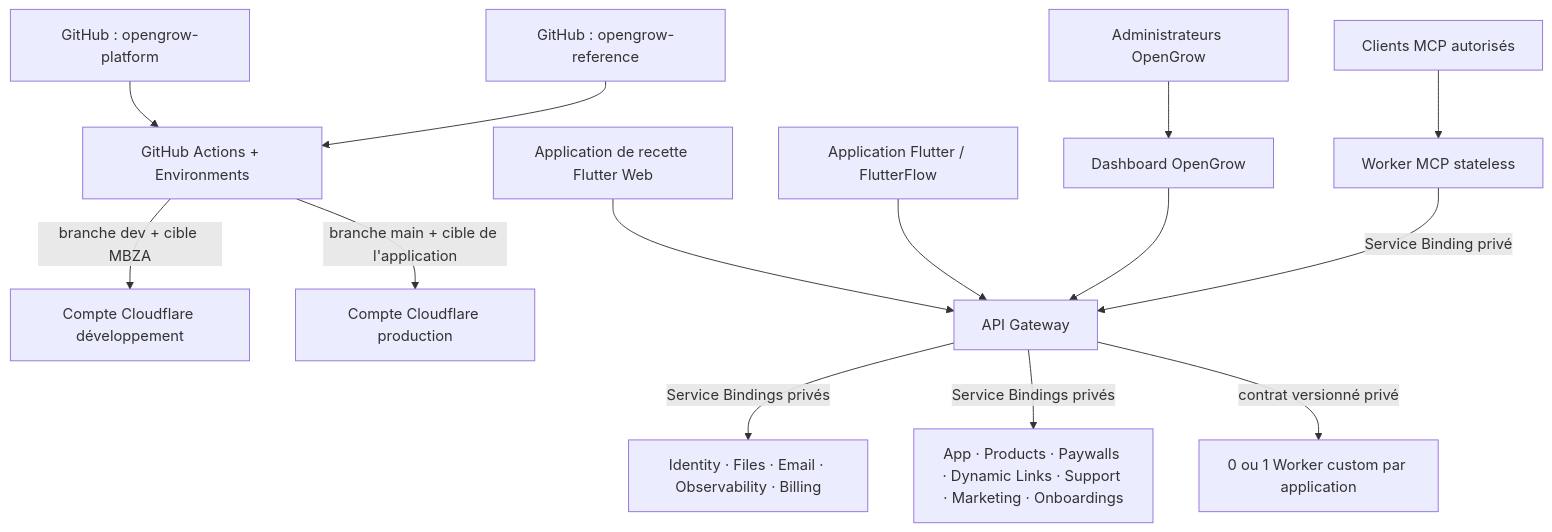
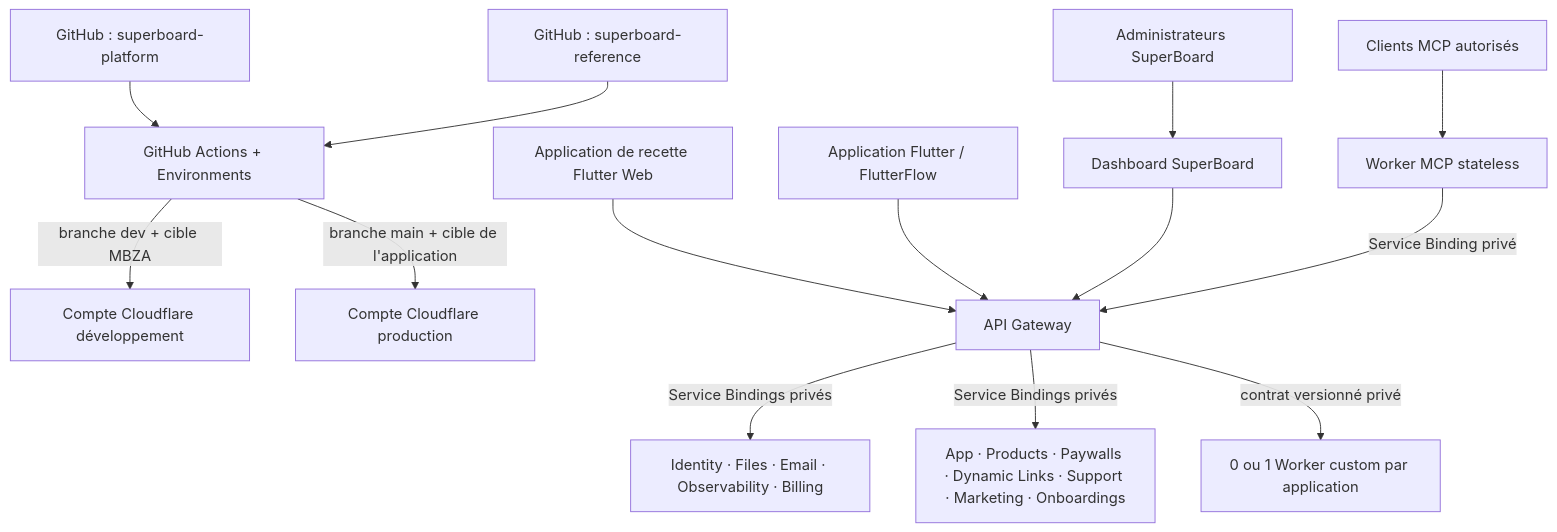
One commit to mabzadev/superboard changed the diagram in docs/ARCHITECTURE_CIBLE_FR.md. Above: the diagram before and after it, drawn with Mermaid. The commit also changed other lines of this file and 528 other files, not shown here.

First line of the commit message:
feat: migrate OpenGrow platform to SuperBoard

````diff
--- a/docs/ARCHITECTURE_CIBLE_FR.md
+++ b/docs/ARCHITECTURE_CIBLE_FR.md
@@ -19,30 +19,30 @@
 ```mermaid
 flowchart TB
   app["Application Flutter / FlutterFlow"]
-  admin["Administrateurs OpenGrow"]
-  git["GitHub : opengrow-platform"]
-  gitref["GitHub : opengrow-reference"]
+  admin["Administrateurs SuperBoard"]
+  git["GitHub : superboard-platform"]
+  gitref["GitHub : superboard-reference"]
   gha["GitHub Actions + Environments"]
   cfdev["Compte Cloudflare développement"]
   cfprod["Compte Cloudflare production"]
-  dashboard["Dashboard OpenGrow"]
+  dashboard["Dashboard SuperBoard"]
   gateway["API Gateway"]
   common["Identity · Files · Email · Observability · Billing"]
   modules["App · Products · Paywalls · Dynamic Links · Support · Marketing · Onboardings"]
   custom["0 ou 1 Worker custom par application"]
   mcp["Worker MCP stateless"]
   agent["Clients MCP autorisés"]
   reference["Application de recette Flutter Web"]
 
   git --> gha
   gitref --> gha
   gha -->|"branche dev + cible MBZA"| cfdev
   gha -->|"branche main + cible de l'application"| cfprod
   reference --> gateway
   app --> gateway
   admin --> dashboard --> gateway
   agent --> mcp -->|"Service Binding privé"| gateway
   gateway -->|"Service Bindings privés"| common
   gateway -->|"Service Bindings privés"| modules
   gateway -->|"contrat versionné privé"| custom
 ```
````
